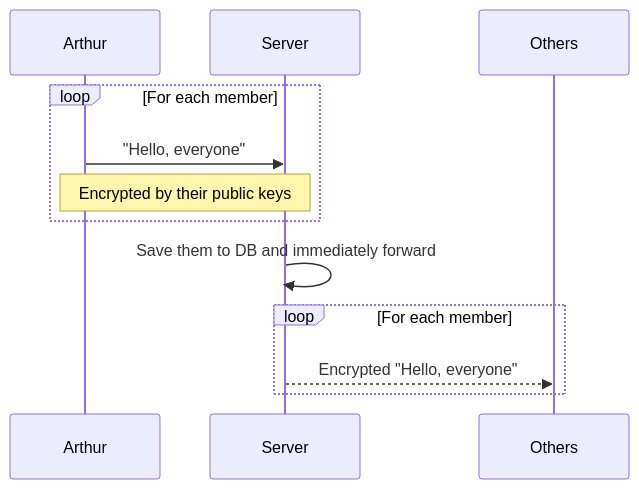
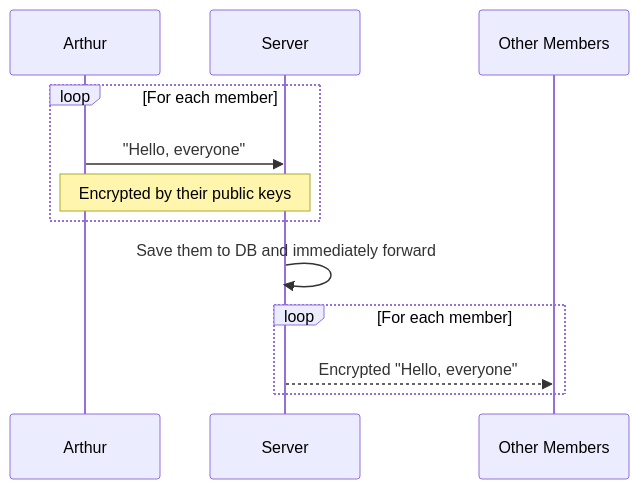
The fourth of 4 diagrams in README.md (liplum/ChatIsland), drawn with Mermaid before and after one commit. The commit also changed other lines of this file, not shown here.

````diff
--- a/README.md
+++ b/README.md
@@ -63,14 +60,14 @@
 ```mermaid
 sequenceDiagram
     participant Arthur
     participant Server
-    participant Others
+    participant Other Members
     loop For each member
       Arthur->>Server: "Hello, everyone"
       Note over Arthur,Server: Encrypted by their public keys
     end
     Server->>Server: Save them to DB and immediately forward
     loop For each member
-      Server-->>Others: Encrypted "Hello, everyone"
+      Server-->>Other Members: Encrypted "Hello, everyone"
     end
 ```
````
